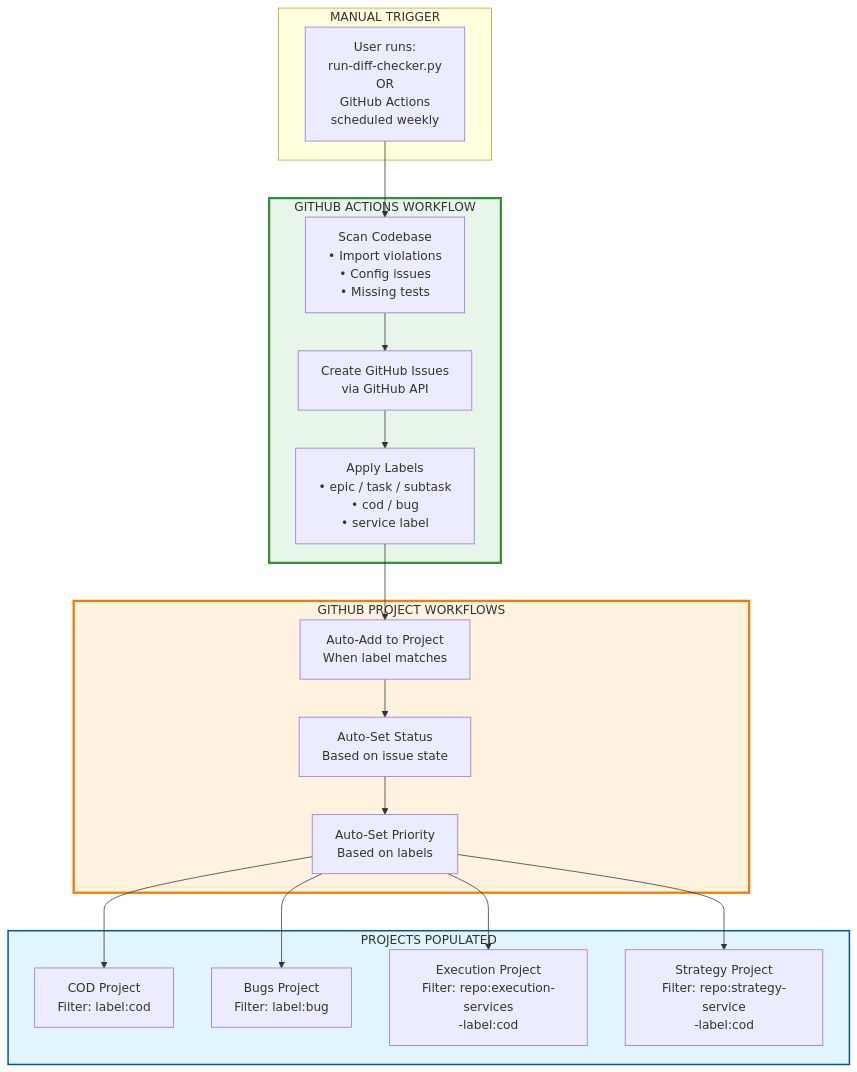
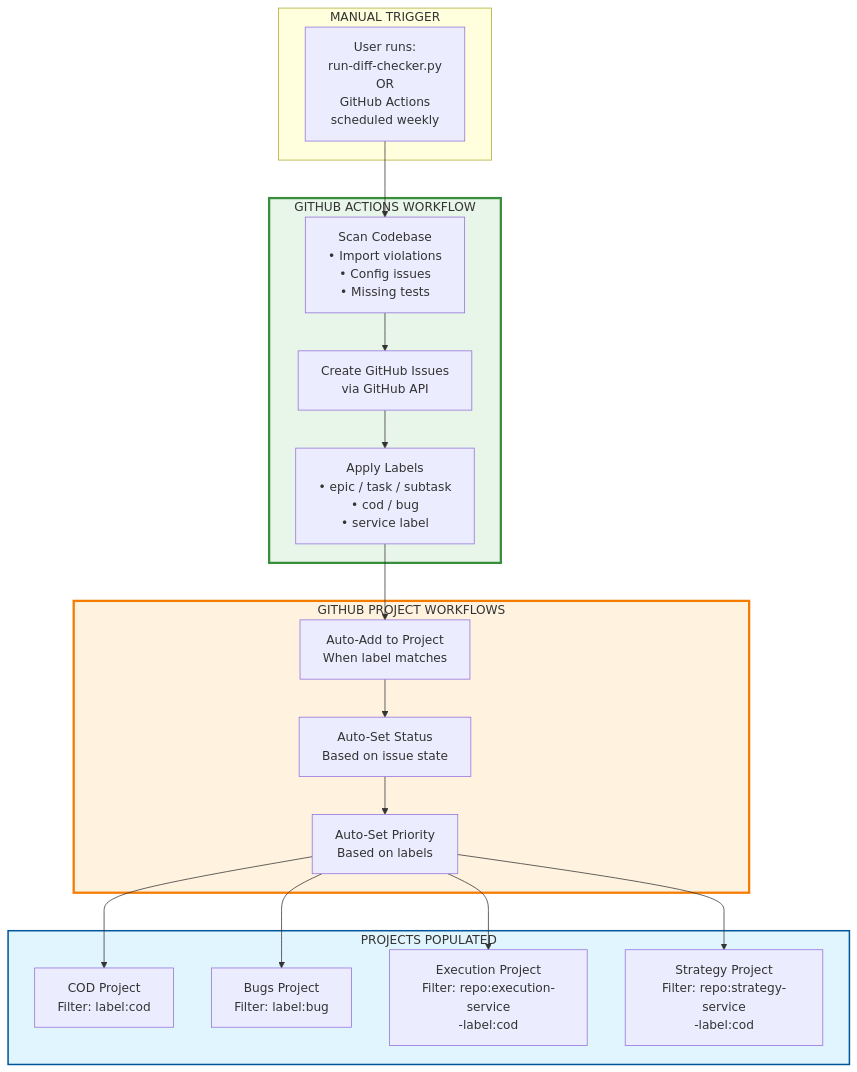
The sixth of 6 diagrams in presentations/CLEAN_WORKFLOW_DIAGRAMS.md (IggyIkenna/unified-trading-pm), drawn with Mermaid before and after one commit. The commit also changed 122 other files, not shown here.

````diff
--- a/presentations/CLEAN_WORKFLOW_DIAGRAMS.md
+++ b/presentations/CLEAN_WORKFLOW_DIAGRAMS.md
@@ -255,36 +255,36 @@
 ```mermaid
 flowchart TD
     subgraph Manual["MANUAL TRIGGER"]
         RunDiff["User runs:<br/>run-diff-checker.py<br/>OR<br/>GitHub Actions<br/>scheduled weekly"]
     end
 
     subgraph GHActions["GITHUB ACTIONS WORKFLOW"]
         Scan["Scan Codebase<br/>• Import violations<br/>• Config issues<br/>• Missing tests"]
         CreateIssues["Create GitHub Issues<br/>via GitHub API"]
         ApplyLabels["Apply Labels<br/>• epic / task / subtask<br/>• cod / bug<br/>• service label"]
     end
 
     subgraph ProjectWorkflows["GITHUB PROJECT WORKFLOWS"]
         AutoAdd["Auto-Add to Project<br/>When label matches"]
         AutoStatus["Auto-Set Status<br/>Based on issue state"]
         AutoPriority["Auto-Set Priority<br/>Based on labels"]
     end
 
     subgraph Projects["PROJECTS POPULATED"]
         CODProj["COD Project<br/>Filter: label:cod"]
         BugProj["Bugs Project<br/>Filter: label:bug"]
-        ExecProj["Execution Project<br/>Filter: repo:execution-services<br/>-label:cod"]
+        ExecProj["Execution Project<br/>Filter: repo:execution-service<br/>-label:cod"]
         StratProj["Strategy Project<br/>Filter: repo:strategy-service<br/>-label:cod"]
     end
 
     RunDiff --> Scan --> CreateIssues --> ApplyLabels
     ApplyLabels --> AutoAdd --> AutoStatus --> AutoPriority
     AutoPriority --> CODProj
     AutoPriority --> BugProj
     AutoPriority --> ExecProj
     AutoPriority --> StratProj
 
     style GHActions fill:#e8f5e9,stroke:#388e3c,stroke-width:3px
     style ProjectWorkflows fill:#fff3e0,stroke:#f57c00,stroke-width:3px
     style Projects fill:#e1f5fe,stroke:#01579b,stroke-width:2px
 ```
````
